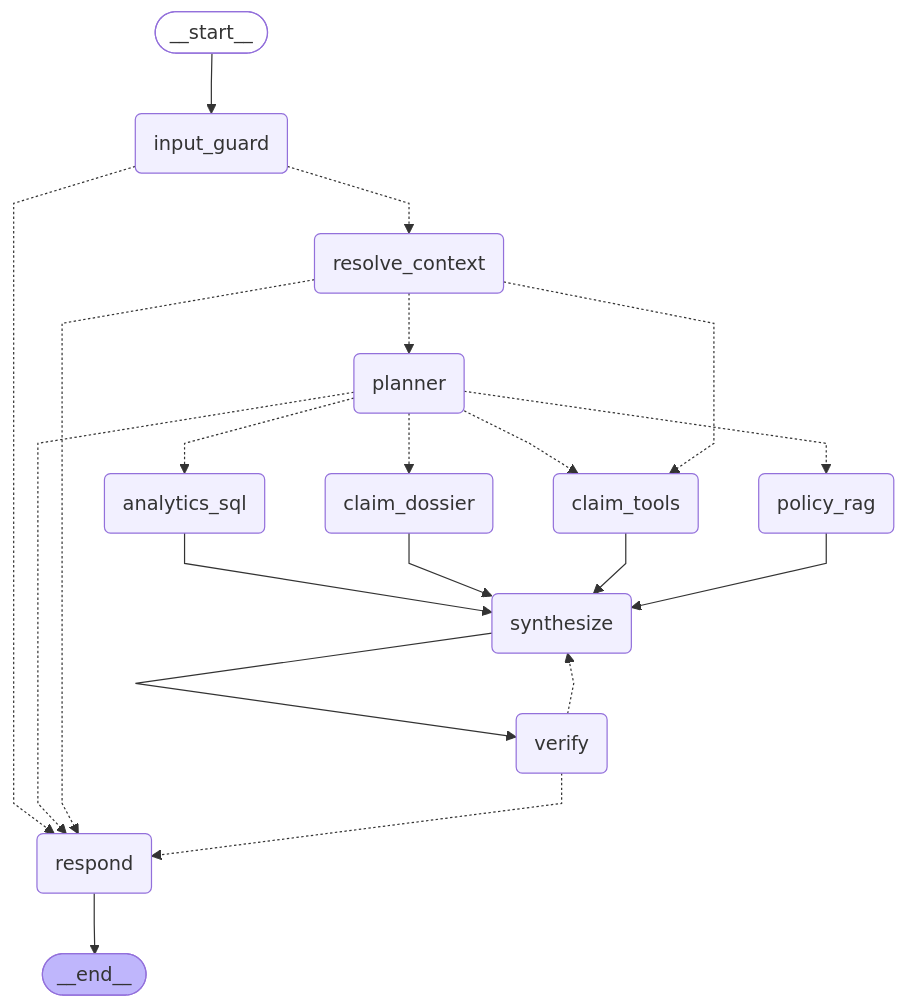
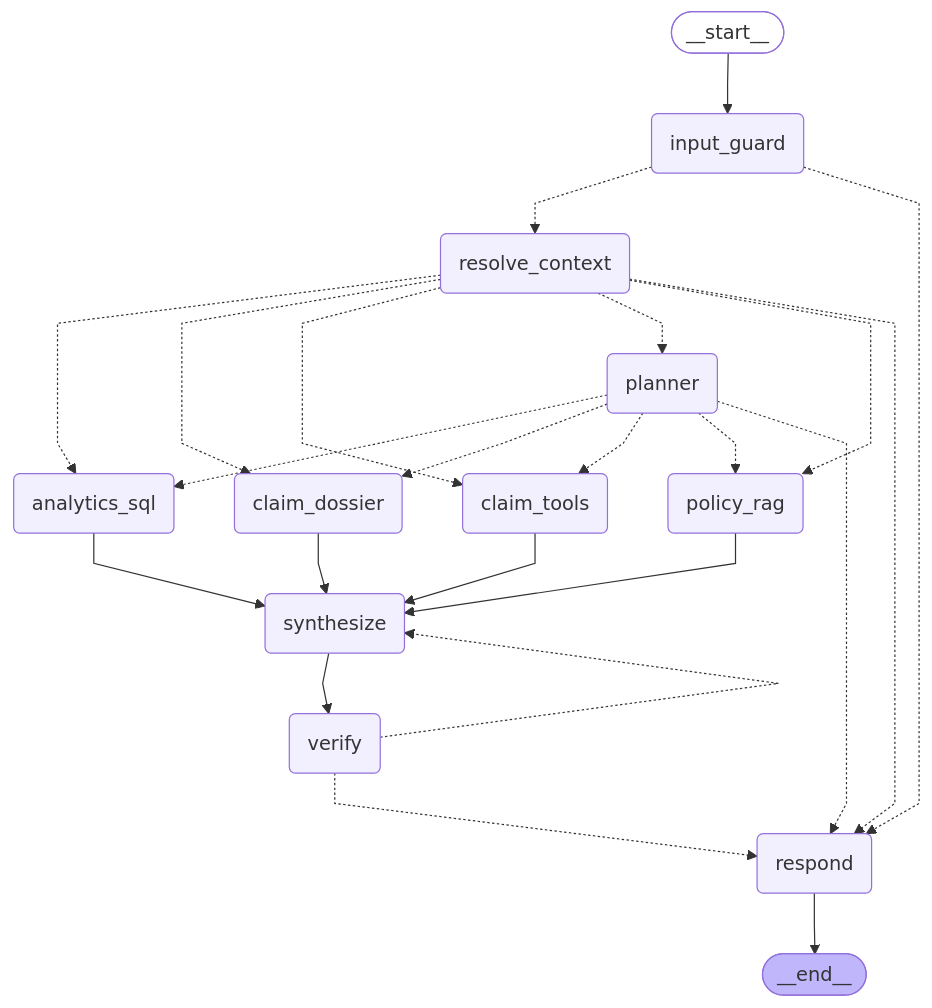
One commit to ramakrishnanj-thirdeye/insurance-assistant changed the diagram in specs/reference/agent_graph.mmd. Above: the diagram before and after it, drawn with Mermaid. The commit also changed 13 other files, not shown here.

```diff
--- a/specs/reference/agent_graph.mmd
+++ b/specs/reference/agent_graph.mmd
@@ -1,40 +1,43 @@
 ---
 config:
   flowchart:
     curve: linear
 ---
 graph TD;
 	__start__([<p>__start__</p>]):::first
 	input_guard(input_guard)
 	resolve_context(resolve_context)
 	planner(planner)
 	claim_tools(claim_tools)
 	policy_rag(policy_rag)
 	analytics_sql(analytics_sql)
 	claim_dossier(claim_dossier)
 	synthesize(synthesize)
 	verify(verify)
 	respond(respond)
 	__end__([<p>__end__</p>]):::last
 	__start__ --> input_guard;
 	analytics_sql --> synthesize;
 	claim_dossier --> synthesize;
 	claim_tools --> synthesize;
 	input_guard -.-> resolve_context;
 	input_guard -.-> respond;
 	planner -.-> analytics_sql;
 	planner -.-> claim_dossier;
 	planner -.-> claim_tools;
 	planner -.-> policy_rag;
 	planner -.-> respond;
 	policy_rag --> synthesize;
+	resolve_context -.-> analytics_sql;
+	resolve_context -.-> claim_dossier;
 	resolve_context -.-> claim_tools;
 	resolve_context -.-> planner;
+	resolve_context -.-> policy_rag;
 	resolve_context -.-> respond;
 	synthesize --> verify;
 	verify -.-> respond;
 	verify -.-> synthesize;
 	respond --> __end__;
 	classDef default fill:#f2f0ff,line-height:1.2
 	classDef first fill-opacity:0
 	classDef last fill:#bfb6fc
```
